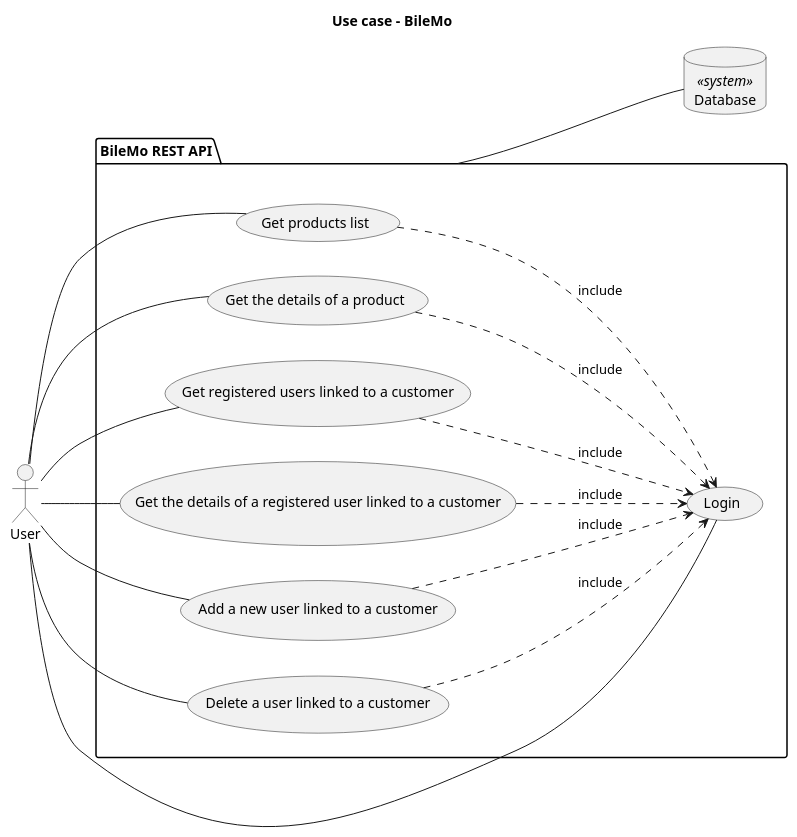
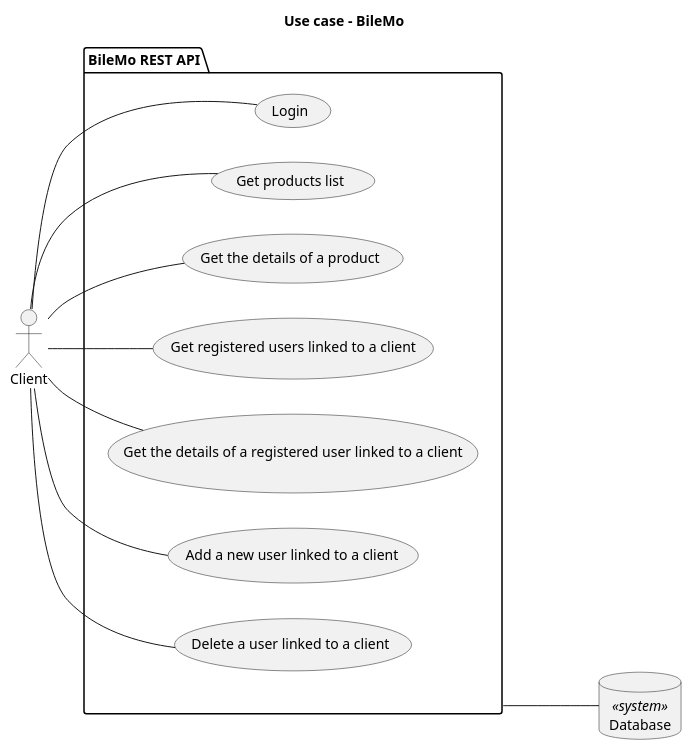
Before and after one commit to acecconato/AnthonyCecconato_7_12052023: the diagram in docs/puml/usecase/main.puml, drawn with PlantUML. The commit also changed 8 other files, not shown here.

Commit message:
Refactor diagrams

```diff
--- a/docs/puml/usecase/main.puml
+++ b/docs/puml/usecase/main.puml
@@ -1,33 +1,26 @@
 @startuml
 title "Use case - BileMo"
 left to right direction
 
 package "BileMo REST API" as api {
     usecase "Login"
     usecase "Get products list" as getProducts
     usecase "Get the details of a product" as getProduct
-    usecase "Get registered users linked to a customer" as getUsers
-    usecase "Get the details of a registered user linked to a customer" as getUser
-    usecase "Add a new user linked to a customer" as addUser
-    usecase "Delete a user linked to a customer" as deleteUser
-
-    getProducts ...> (Login): include
-    getProduct ...> (Login): include
-    getUsers ...> (Login): include
-    getUser ...> (Login): include
-    addUser ...> (Login): include
-    deleteUser ...> (Login): include
+    usecase "Get registered users linked to a client" as getUsers
+    usecase "Get the details of a registered user linked to a client" as getUser
+    usecase "Add a new user linked to a client" as addUser
+    usecase "Delete a user linked to a client" as deleteUser
 }
 
-:User: -- getProducts
-:User: -- getProduct
-:User: -- getUsers
-:User: -- getUser
-:User: -- addUser
-:User: -- deleteUser
-:User: -- Login
+:Client: -- getProducts
+:Client: -- getProduct
+:Client: -- getUsers
+:Client: -- getUser
+:Client: -- addUser
+:Client: -- deleteUser
+:Client: -- Login
 
 database Database <<system>>
 api --- Database
 
 @enduml
```
